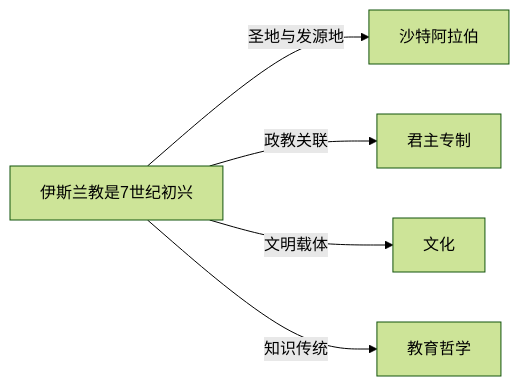
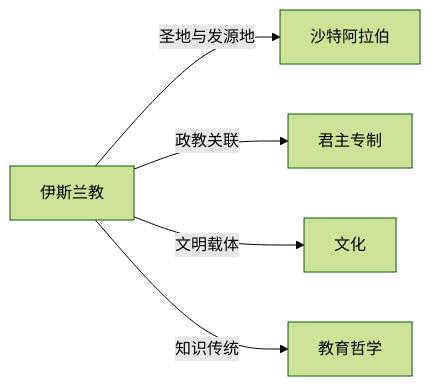
The diagram in Knowledge/Concepts/宗教/伊斯兰教.md (KIMMCHOW/MyKnowledge), drawn with Mermaid (forest theme) before and after one commit. The commit also changed 96 other files, not shown here.

Commit message:
fix: 修复概念页关系图节点并补齐缺失关联

````diff
--- a/Knowledge/Concepts/宗教/伊斯兰教.md
+++ b/Knowledge/Concepts/宗教/伊斯兰教.md
@@ -44,7 +44,7 @@
 ```mermaid
 graph LR
-    伊斯兰教是7世纪初兴 -->|圣地与发源地| 沙特阿拉伯
-    伊斯兰教是7世纪初兴 -->|政教关联| 君主专制
-    伊斯兰教是7世纪初兴 -->|文明载体| 文化
-    伊斯兰教是7世纪初兴 -->|知识传统| 教育哲学
+伊斯兰教 -->|圣地与发源地| 沙特阿拉伯
+伊斯兰教 -->|政教关联| 君主专制
+伊斯兰教 -->|文明载体| 文化
+伊斯兰教 -->|知识传统| 教育哲学
 ```
````
